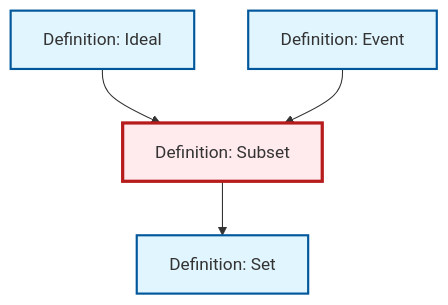
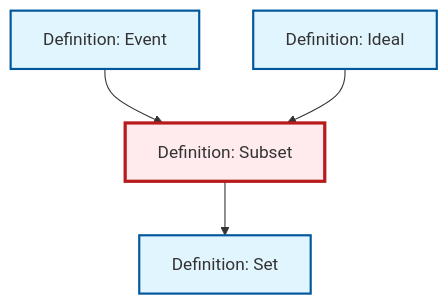
One commit to RK0429/ModernMath changed the diagram in output/mermaid/def-subset.mermaid. Above: the diagram before and after it, drawn with Mermaid. The commit also changed other lines of this file and 1203 other files, not shown here.

```diff
--- a/output/mermaid/def-subset.mermaid
+++ b/output/mermaid/def-subset.mermaid
@@ -1,15 +1,15 @@
 %%| fig-cap: "Local dependency graph"
 graph TD
     classDef definition fill:#e1f5fe,stroke:#01579b,stroke-width:2px
     classDef theorem fill:#f3e5f5,stroke:#4a148c,stroke-width:2px
     classDef axiom fill:#fff3e0,stroke:#e65100,stroke-width:2px
     classDef example fill:#e8f5e9,stroke:#1b5e20,stroke-width:2px
     classDef current fill:#ffebee,stroke:#b71c1c,stroke-width:3px
+    def-subset["Definition: Subset"]:::definition
+    def-ideal["Definition: Ideal"]:::definition
     def-event["Definition: Event"]:::definition
-    def-ideal["Definition: Ideal"]:::definition
     def-set["Definition: Set"]:::definition
-    def-subset["Definition: Subset"]:::definition
+    def-event --> def-subset
     def-ideal --> def-subset
-    def-event --> def-subset
     def-subset --> def-set
     class def-subset current
```
